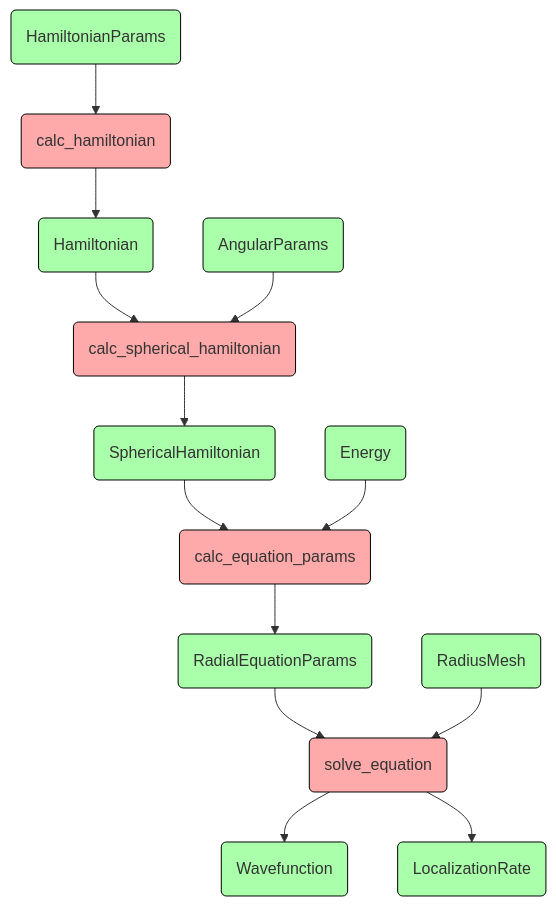
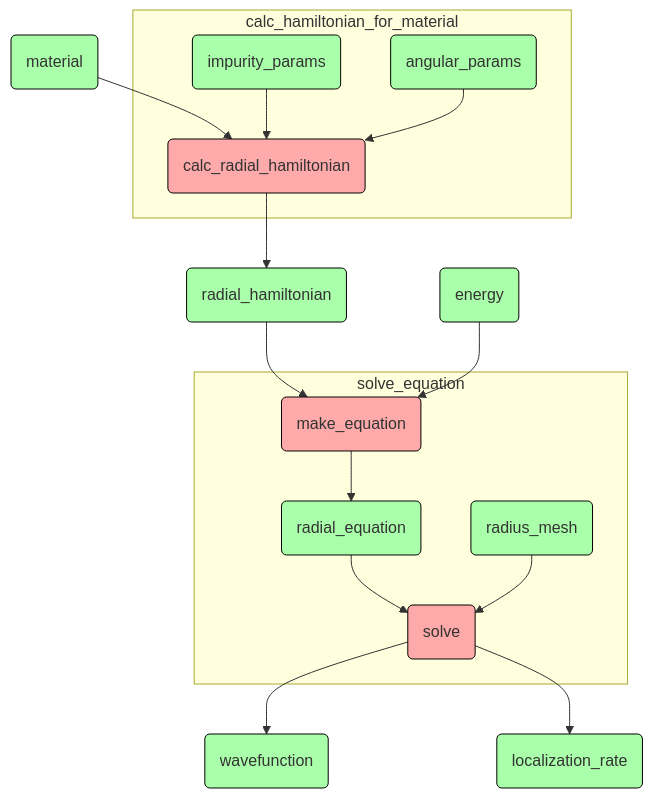
One commit to MaksimZh/hw changed the sixth of 7 diagrams in 04_design_vision/design_vision.md. Above: the diagram before and after it, drawn with Mermaid. The commit also changed other lines of this file, not shown here.

````diff
--- a/04_design_vision/design_vision.md
+++ b/04_design_vision/design_vision.md
@@ -36,20 +158,23 @@
 ```mermaid
 graph TD;
-    hp(HamiltonianParams) --> calc_h(calc_hamiltonian)
-    calc_h --> ham(Hamiltonian)
-    ham --> calc_sh(calc_spherical_hamiltonian)
-    ang(AngularParams) --> calc_sh
-    calc_sh --> sh(SphericalHamiltonian)
-    sh --> calc_eq(calc_equation_params)
-    en(Energy) --> calc_eq
-    calc_eq --> eq(RadialEquationParams)
-    eq --> solve(solve_equation)
-    rad(RadiusMesh) --> solve
-    solve --> wf(Wavefunction)
-    solve --> lr(LocalizationRate)
+    mat(material) --> crh(calc_radial_hamiltonian)
+    subgraph calc_hamiltonian_for_material
+        imp(impurity_params) --> crh
+        ang(angular_params) --> crh
+    end
+    crh --> rh(radial_hamiltonian)
+    rh --> meq(make_equation)
+    en(energy) --> meq
+    subgraph solve_equation
+        meq --> eq(radial_equation)
+        eq --> solve(solve)
+        rad(radius_mesh) --> solve
+    end
+    solve --> wf(wavefunction)
+    solve --> lr(localization_rate)
 
+    classDef data fill:#afa, stroke:#000
     classDef proc fill:#faa, stroke:#000
-    classDef data fill:#afa, stroke:#000
-    class hp,ang,ham,sh,en,eq,rad,wf,lr data
-    class calc_h,calc_sh,calc_eq,solve proc
+    class mat,imp,ang,rh,en,eq,rad,wf,lr data
+    class crh,meq,solve proc
 ```
````
